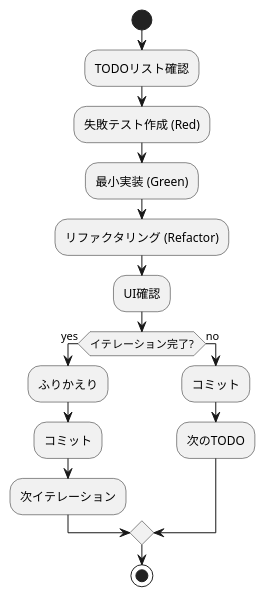
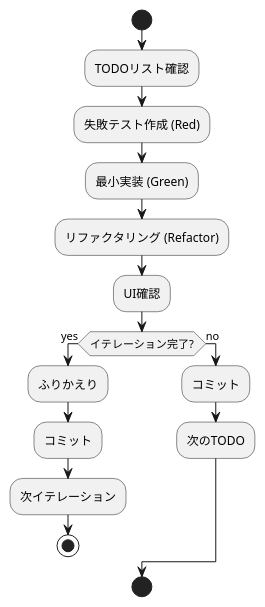
One commit to k2works/case-study-game-dev changed the fourth of 4 diagrams in CLAUDE.md. Above: the diagram before and after it, drawn with PlantUML. The commit also changed other lines of this file and 2 other files, not shown here.

````diff
--- a/CLAUDE.md
+++ b/CLAUDE.md
@@ -57,21 +97,20 @@
-```plantuml
-
 ```plantuml
 @startuml "TDD実装サイクル"
 start
 :TODOリスト確認;
 :失敗テスト作成 (Red);
 :最小実装 (Green);
 :リファクタリング (Refactor);
 :UI確認;
 if (イテレーション完了?) then (yes)
   :ふりかえり;
   :コミット;
   :次イテレーション;
+  stop
 else (no)
   :コミット;
   :次のTODO;
 endif
-stop
+start
 @enduml
 ```
````
